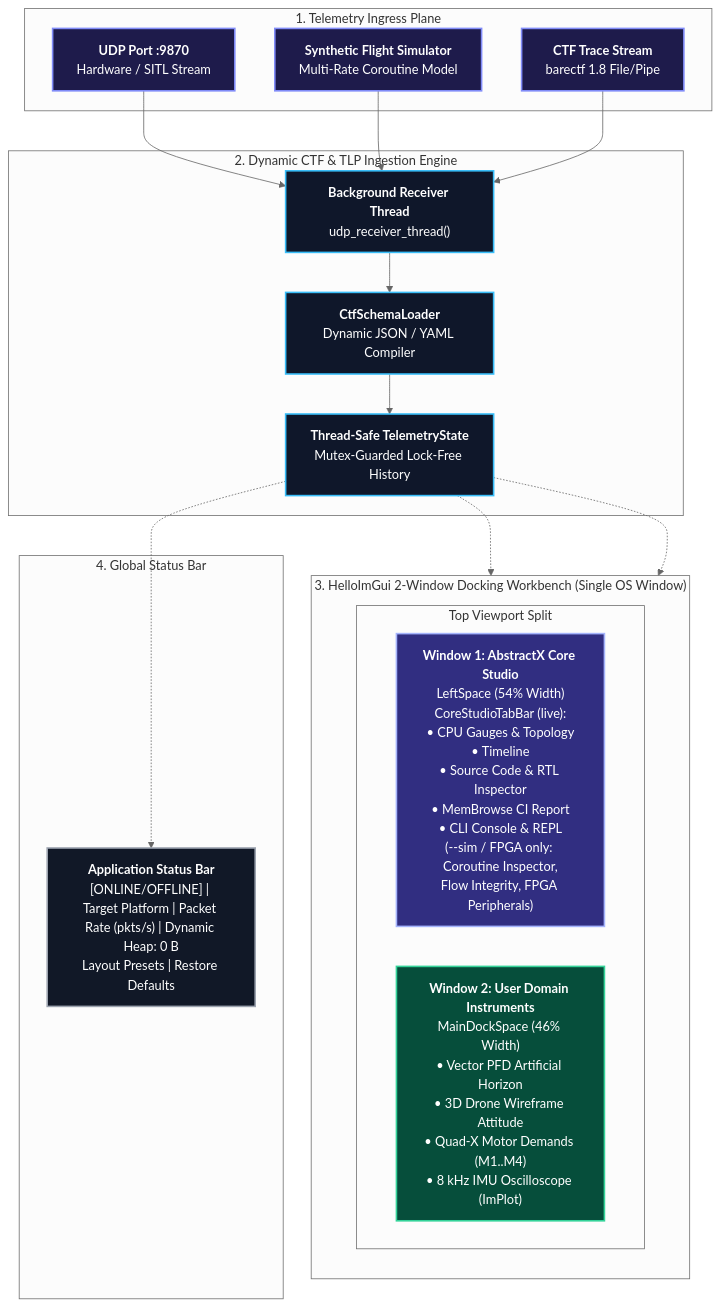
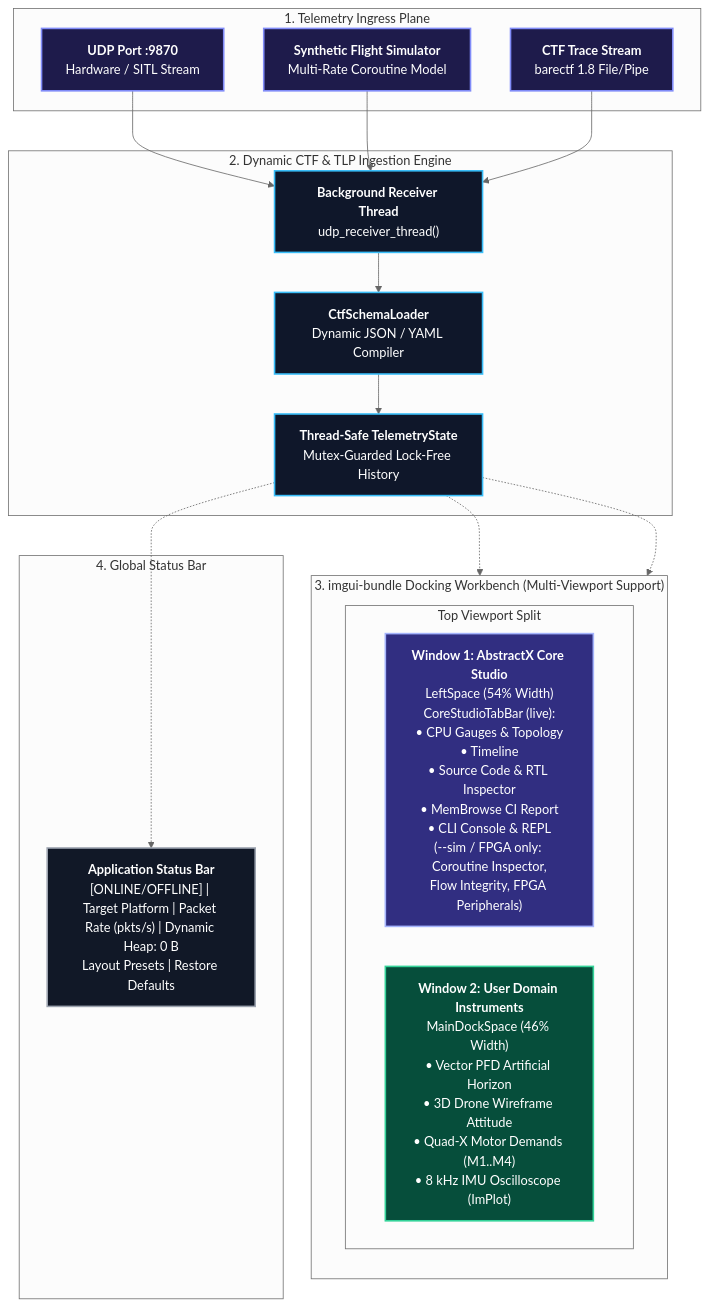
Before and after one commit to tcmichals/AbstractX: the diagram in tools/visualizer/SPECIFICATION.md, drawn with Mermaid (neutral theme). The commit also changed other lines of this file and 1 other file, not shown here.

Commit message:
spec: standardize on imgui-bundle terminology and multi-viewport diagram

````diff
--- a/tools/visualizer/SPECIFICATION.md
+++ b/tools/visualizer/SPECIFICATION.md
@@ -19,49 +19,49 @@
 ```mermaid
 flowchart TD
     subgraph INGRESS_LAYER["1. Telemetry Ingress Plane"]
         UDP_PORT["<b>UDP Port :9870</b><br/>Hardware / SITL Stream"]
         SIM_GEN["<b>Synthetic Flight Simulator</b><br/>Multi-Rate Coroutine Model"]
         CTF_FILE["<b>CTF Trace Stream</b><br/>barectf 1.8 File/Pipe"]
     end
 
     subgraph DECODER_LAYER["2. Dynamic CTF & TLP Ingestion Engine"]
         RCV_THREAD["<b>Background Receiver Thread</b><br/>udp_receiver_thread()"]
         SCHEMA_LDR["<b>CtfSchemaLoader</b><br/>Dynamic JSON / YAML Compiler"]
         STATE_STORE["<b>Thread-Safe TelemetryState</b><br/>Mutex-Guarded Lock-Free History"]
     end
 
-    subgraph DOCKING_WORKBENCH["3. HelloImGui 2-Window Docking Workbench (Single OS Window)"]
+    subgraph DOCKING_WORKBENCH["3. imgui-bundle Docking Workbench (Multi-Viewport Support)"]
         direction TB
         subgraph TOP_DOCK["Top Viewport Split"]
             direction LR
             WIN_CORE["<b>Window 1: AbstractX Core Studio</b><br/>LeftSpace (54% Width)<br/>CoreStudioTabBar (live):<br/>• CPU Gauges & Topology<br/>• Timeline<br/>• Source Code & RTL Inspector<br/>• MemBrowse CI Report<br/>• CLI Console & REPL<br/>(--sim / FPGA only: Coroutine Inspector,<br/>Flow Integrity, FPGA Peripherals)"]
             WIN_USER["<b>Window 2: User Domain Instruments</b><br/>MainDockSpace (46% Width)<br/>• Vector PFD Artificial Horizon<br/>• 3D Drone Wireframe Attitude<br/>• Quad-X Motor Demands (M1..M4)<br/>• 8 kHz IMU Oscilloscope (ImPlot)"]
         end
     end
 
     subgraph STATUS_LAYER["4. Global Status Bar"]
         BAR["<b>Application Status Bar</b><br/>[ONLINE/OFFLINE] | Target Platform | Packet Rate (pkts/s) | Dynamic Heap: 0 B<br/>Layout Presets | Restore Defaults"]
     end
 
     UDP_PORT --> RCV_THREAD
     SIM_GEN --> RCV_THREAD
     CTF_FILE --> RCV_THREAD
 
     RCV_THREAD --> SCHEMA_LDR --> STATE_STORE
 
     STATE_STORE -.-> WIN_CORE
     STATE_STORE -.-> WIN_USER
     STATE_STORE -.-> BAR
 
     classDef ingStyle fill:#1e1b4b,stroke:#818cf8,stroke-width:2px,color:#ffffff;
     classDef decStyle fill:#0f172a,stroke:#38bdf8,stroke-width:2px,color:#ffffff;
     classDef winCoreStyle fill:#312e81,stroke:#a5b4fc,stroke-width:2px,color:#ffffff;
     classDef winUserStyle fill:#064e3b,stroke:#34d399,stroke-width:2px,color:#ffffff;
     classDef statStyle fill:#111827,stroke:#9ca3af,stroke-width:2px,color:#ffffff;
 
     class UDP_PORT,SIM_GEN,CTF_FILE ingStyle;
     class RCV_THREAD,SCHEMA_LDR,STATE_STORE decStyle;
     class WIN_CORE winCoreStyle;
     class WIN_USER winUserStyle;
     class BAR statStyle;
 ```
````
